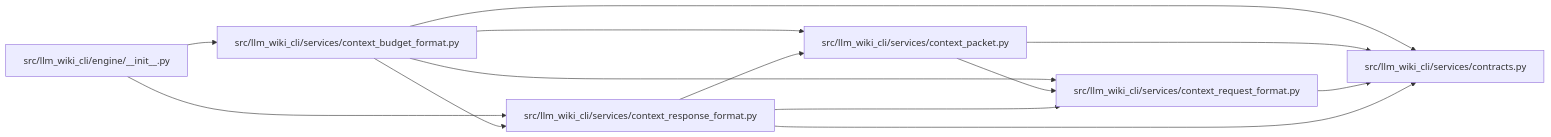
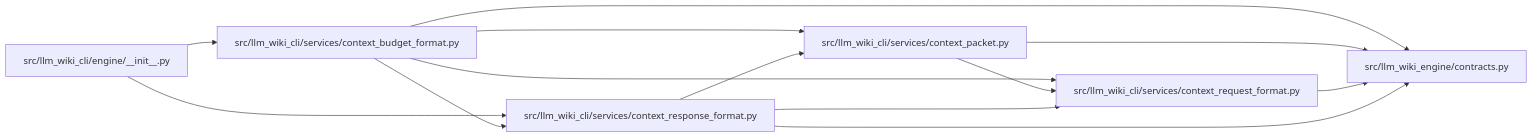
Before and after one commit to Denissvgn/python-wiki-llm: the diagram in docs/llm_wiki/modules/context_budget_format.md, drawn with Mermaid. The commit also changed other lines of this file and 1103 other files, not shown here.

First line of the commit message:
docs: refresh the wiki for the llm-wiki-engine distribution

````diff
--- a/docs/llm_wiki/modules/context_budget_format.md
+++ b/docs/llm_wiki/modules/context_budget_format.md
@@ -32,27 +32,27 @@
 ```mermaid
 flowchart LR
     n0["src/llm_wiki_cli/engine/__init__.py"]
     n1["src/llm_wiki_cli/services/context_budget_format.py"]
     n2["src/llm_wiki_cli/services/context_packet.py"]
     n3["src/llm_wiki_cli/services/context_request_format.py"]
     n4["src/llm_wiki_cli/services/context_response_format.py"]
-    n5["src/llm_wiki_cli/services/contracts.py"]
+    n5["src/llm_wiki_engine/contracts.py"]
     n0 --> n1
     n0 --> n4
     n1 --> n2
     n1 --> n3
     n1 --> n4
     n1 --> n5
     n2 --> n3
     n2 --> n5
     n3 --> n5
     n4 --> n2
     n4 --> n3
     n4 --> n5
     click n0 "../modules/engine___init__.md"
     click n1 "../modules/context_budget_format.md"
     click n2 "../modules/context_packet.md"
     click n3 "../modules/context_request_format.md"
     click n4 "../modules/context_response_format.md"
-    click n5 "../modules/services_contracts.md"
+    click n5 "../modules/llm_wiki_engine_contracts.md"
 ```
````
